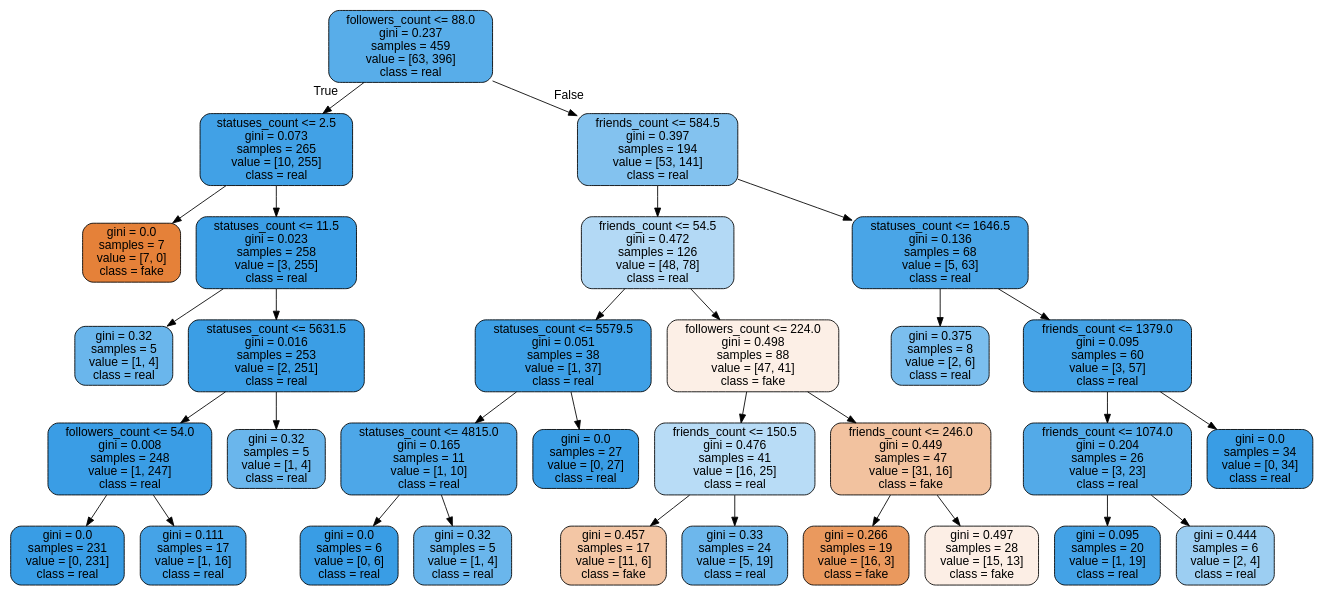
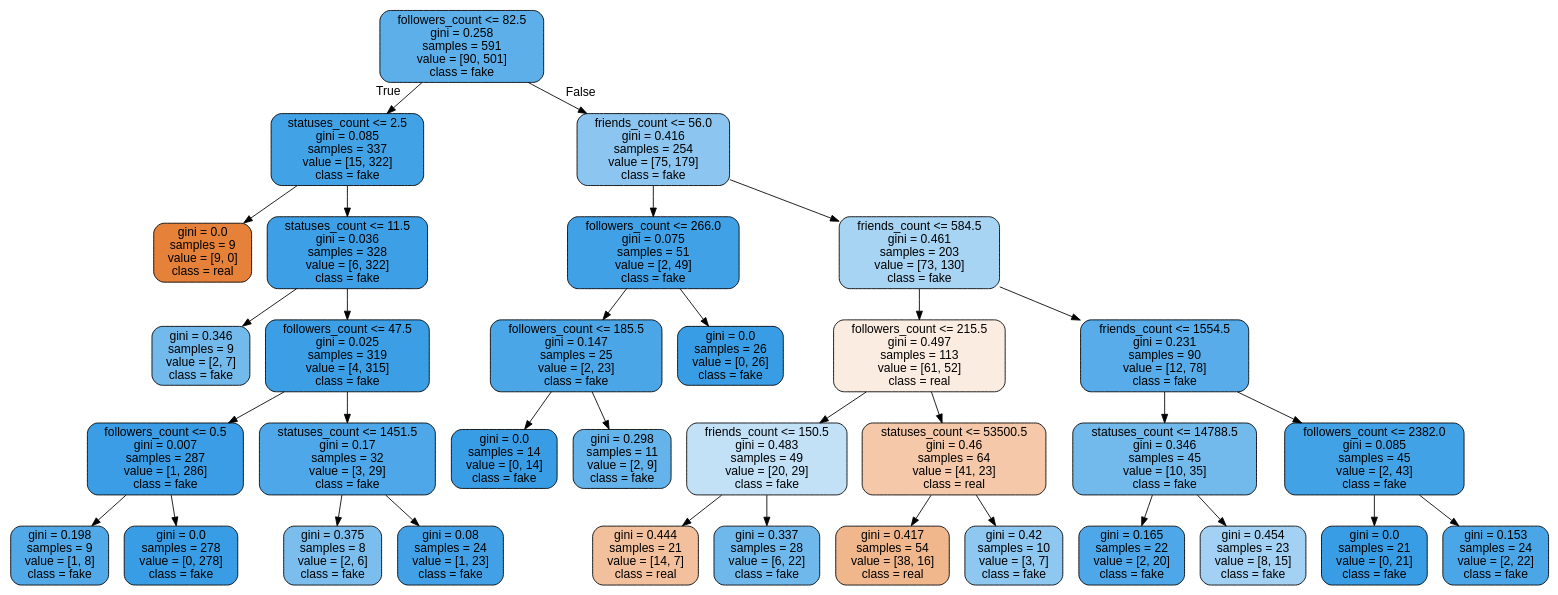
The diagram in bot-detect.dot (ddollar00/BotDet), drawn with Graphviz before and after one commit. The commit also changed 3 other files, not shown here.

```diff
--- a/bot-detect.dot
+++ b/bot-detect.dot
@@ -1,65 +1,69 @@
 digraph Tree {
 node [shape=box, style="filled, rounded", color="black", fontname="helvetica"] ;
 edge [fontname="helvetica"] ;
-0 [label="followers_count <= 88.0\ngini = 0.237\nsamples = 459\nvalue = [63, 396]\nclass = real", fillcolor="#58ade9"] ;
-1 [label="statuses_count <= 2.5\ngini = 0.073\nsamples = 265\nvalue = [10, 255]\nclass = real", fillcolor="#41a1e6"] ;
+0 [label="followers_count <= 82.5\ngini = 0.258\nsamples = 591\nvalue = [90, 501]\nclass = fake", fillcolor="#5dafea"] ;
+1 [label="statuses_count <= 2.5\ngini = 0.085\nsamples = 337\nvalue = [15, 322]\nclass = fake", fillcolor="#42a2e6"] ;
 0 -> 1 [labeldistance=2.5, labelangle=45, headlabel="True"] ;
-2 [label="gini = 0.0\nsamples = 7\nvalue = [7, 0]\nclass = fake", fillcolor="#e58139"] ;
+2 [label="gini = 0.0\nsamples = 9\nvalue = [9, 0]\nclass = real", fillcolor="#e58139"] ;
 1 -> 2 ;
-3 [label="statuses_count <= 11.5\ngini = 0.023\nsamples = 258\nvalue = [3, 255]\nclass = real", fillcolor="#3b9ee5"] ;
+3 [label="statuses_count <= 11.5\ngini = 0.036\nsamples = 328\nvalue = [6, 322]\nclass = fake", fillcolor="#3d9fe5"] ;
 1 -> 3 ;
-4 [label="gini = 0.32\nsamples = 5\nvalue = [1, 4]\nclass = real", fillcolor="#6ab6ec"] ;
+4 [label="gini = 0.346\nsamples = 9\nvalue = [2, 7]\nclass = fake", fillcolor="#72b9ec"] ;
 3 -> 4 ;
-5 [label="statuses_count <= 5631.5\ngini = 0.016\nsamples = 253\nvalue = [2, 251]\nclass = real", fillcolor="#3b9ee5"] ;
+5 [label="followers_count <= 47.5\ngini = 0.025\nsamples = 319\nvalue = [4, 315]\nclass = fake", fillcolor="#3c9ee5"] ;
 3 -> 5 ;
-6 [label="followers_count <= 54.0\ngini = 0.008\nsamples = 248\nvalue = [1, 247]\nclass = real", fillcolor="#3a9de5"] ;
+6 [label="followers_count <= 0.5\ngini = 0.007\nsamples = 287\nvalue = [1, 286]\nclass = fake", fillcolor="#3a9de5"] ;
 5 -> 6 ;
-7 [label="gini = 0.0\nsamples = 231\nvalue = [0, 231]\nclass = real", fillcolor="#399de5"] ;
+7 [label="gini = 0.198\nsamples = 9\nvalue = [1, 8]\nclass = fake", fillcolor="#52a9e8"] ;
 6 -> 7 ;
-8 [label="gini = 0.111\nsamples = 17\nvalue = [1, 16]\nclass = real", fillcolor="#45a3e7"] ;
+8 [label="gini = 0.0\nsamples = 278\nvalue = [0, 278]\nclass = fake", fillcolor="#399de5"] ;
 6 -> 8 ;
-9 [label="gini = 0.32\nsamples = 5\nvalue = [1, 4]\nclass = real", fillcolor="#6ab6ec"] ;
+9 [label="statuses_count <= 1451.5\ngini = 0.17\nsamples = 32\nvalue = [3, 29]\nclass = fake", fillcolor="#4da7e8"] ;
 5 -> 9 ;
-10 [label="friends_count <= 584.5\ngini = 0.397\nsamples = 194\nvalue = [53, 141]\nclass = real", fillcolor="#83c2ef"] ;
-0 -> 10 [labeldistance=2.5, labelangle=-45, headlabel="False"] ;
-11 [label="friends_count <= 54.5\ngini = 0.472\nsamples = 126\nvalue = [48, 78]\nclass = real", fillcolor="#b3d9f5"] ;
-10 -> 11 ;
-12 [label="statuses_count <= 5579.5\ngini = 0.051\nsamples = 38\nvalue = [1, 37]\nclass = real", fillcolor="#3ea0e6"] ;
-11 -> 12 ;
-13 [label="statuses_count <= 4815.0\ngini = 0.165\nsamples = 11\nvalue = [1, 10]\nclass = real", fillcolor="#4da7e8"] ;
+10 [label="gini = 0.375\nsamples = 8\nvalue = [2, 6]\nclass = fake", fillcolor="#7bbeee"] ;
+9 -> 10 ;
+11 [label="gini = 0.08\nsamples = 24\nvalue = [1, 23]\nclass = fake", fillcolor="#42a1e6"] ;
+9 -> 11 ;
+12 [label="friends_count <= 56.0\ngini = 0.416\nsamples = 254\nvalue = [75, 179]\nclass = fake", fillcolor="#8cc6f0"] ;
+0 -> 12 [labeldistance=2.5, labelangle=-45, headlabel="False"] ;
+13 [label="followers_count <= 266.0\ngini = 0.075\nsamples = 51\nvalue = [2, 49]\nclass = fake", fillcolor="#41a1e6"] ;
 12 -> 13 ;
-14 [label="gini = 0.0\nsamples = 6\nvalue = [0, 6]\nclass = real", fillcolor="#399de5"] ;
+14 [label="followers_count <= 185.5\ngini = 0.147\nsamples = 25\nvalue = [2, 23]\nclass = fake", fillcolor="#4aa6e7"] ;
 13 -> 14 ;
-15 [label="gini = 0.32\nsamples = 5\nvalue = [1, 4]\nclass = real", fillcolor="#6ab6ec"] ;
-13 -> 15 ;
-16 [label="gini = 0.0\nsamples = 27\nvalue = [0, 27]\nclass = real", fillcolor="#399de5"] ;
-12 -> 16 ;
-17 [label="followers_count <= 224.0\ngini = 0.498\nsamples = 88\nvalue = [47, 41]\nclass = fake", fillcolor="#fcefe6"] ;
-11 -> 17 ;
-18 [label="friends_count <= 150.5\ngini = 0.476\nsamples = 41\nvalue = [16, 25]\nclass = real", fillcolor="#b8dcf6"] ;
-17 -> 18 ;
-19 [label="gini = 0.457\nsamples = 17\nvalue = [11, 6]\nclass = fake", fillcolor="#f3c6a5"] ;
+15 [label="gini = 0.0\nsamples = 14\nvalue = [0, 14]\nclass = fake", fillcolor="#399de5"] ;
+14 -> 15 ;
+16 [label="gini = 0.298\nsamples = 11\nvalue = [2, 9]\nclass = fake", fillcolor="#65b3eb"] ;
+14 -> 16 ;
+17 [label="gini = 0.0\nsamples = 26\nvalue = [0, 26]\nclass = fake", fillcolor="#399de5"] ;
+13 -> 17 ;
+18 [label="friends_count <= 584.5\ngini = 0.461\nsamples = 203\nvalue = [73, 130]\nclass = fake", fillcolor="#a8d4f4"] ;
+12 -> 18 ;
+19 [label="followers_count <= 215.5\ngini = 0.497\nsamples = 113\nvalue = [61, 52]\nclass = real", fillcolor="#fbece2"] ;
 18 -> 19 ;
-20 [label="gini = 0.33\nsamples = 24\nvalue = [5, 19]\nclass = real", fillcolor="#6db7ec"] ;
-18 -> 20 ;
-21 [label="friends_count <= 246.0\ngini = 0.449\nsamples = 47\nvalue = [31, 16]\nclass = fake", fillcolor="#f2c29f"] ;
-17 -> 21 ;
-22 [label="gini = 0.266\nsamples = 19\nvalue = [16, 3]\nclass = fake", fillcolor="#ea995e"] ;
-21 -> 22 ;
-23 [label="gini = 0.497\nsamples = 28\nvalue = [15, 13]\nclass = fake", fillcolor="#fceee5"] ;
-21 -> 23 ;
-24 [label="statuses_count <= 1646.5\ngini = 0.136\nsamples = 68\nvalue = [5, 63]\nclass = real", fillcolor="#49a5e7"] ;
-10 -> 24 ;
-25 [label="gini = 0.375\nsamples = 8\nvalue = [2, 6]\nclass = real", fillcolor="#7bbeee"] ;
-24 -> 25 ;
-26 [label="friends_count <= 1379.0\ngini = 0.095\nsamples = 60\nvalue = [3, 57]\nclass = real", fillcolor="#43a2e6"] ;
-24 -> 26 ;
-27 [label="friends_count <= 1074.0\ngini = 0.204\nsamples = 26\nvalue = [3, 23]\nclass = real", fillcolor="#53aae8"] ;
+20 [label="friends_count <= 150.5\ngini = 0.483\nsamples = 49\nvalue = [20, 29]\nclass = fake", fillcolor="#c2e1f7"] ;
+19 -> 20 ;
+21 [label="gini = 0.444\nsamples = 21\nvalue = [14, 7]\nclass = real", fillcolor="#f2c09c"] ;
+20 -> 21 ;
+22 [label="gini = 0.337\nsamples = 28\nvalue = [6, 22]\nclass = fake", fillcolor="#6fb8ec"] ;
+20 -> 22 ;
+23 [label="statuses_count <= 53500.5\ngini = 0.46\nsamples = 64\nvalue = [41, 23]\nclass = real", fillcolor="#f4c8a8"] ;
+19 -> 23 ;
+24 [label="gini = 0.417\nsamples = 54\nvalue = [38, 16]\nclass = real", fillcolor="#f0b68c"] ;
+23 -> 24 ;
+25 [label="gini = 0.42\nsamples = 10\nvalue = [3, 7]\nclass = fake", fillcolor="#8ec7f0"] ;
+23 -> 25 ;
+26 [label="friends_count <= 1554.5\ngini = 0.231\nsamples = 90\nvalue = [12, 78]\nclass = fake", fillcolor="#57ace9"] ;
+18 -> 26 ;
+27 [label="statuses_count <= 14788.5\ngini = 0.346\nsamples = 45\nvalue = [10, 35]\nclass = fake", fillcolor="#72b9ec"] ;
 26 -> 27 ;
-28 [label="gini = 0.095\nsamples = 20\nvalue = [1, 19]\nclass = real", fillcolor="#43a2e6"] ;
+28 [label="gini = 0.165\nsamples = 22\nvalue = [2, 20]\nclass = fake", fillcolor="#4da7e8"] ;
 27 -> 28 ;
-29 [label="gini = 0.444\nsamples = 6\nvalue = [2, 4]\nclass = real", fillcolor="#9ccef2"] ;
+29 [label="gini = 0.454\nsamples = 23\nvalue = [8, 15]\nclass = fake", fillcolor="#a3d1f3"] ;
 27 -> 29 ;
-30 [label="gini = 0.0\nsamples = 34\nvalue = [0, 34]\nclass = real", fillcolor="#399de5"] ;
+30 [label="followers_count <= 2382.0\ngini = 0.085\nsamples = 45\nvalue = [2, 43]\nclass = fake", fillcolor="#42a2e6"] ;
 26 -> 30 ;
+31 [label="gini = 0.0\nsamples = 21\nvalue = [0, 21]\nclass = fake", fillcolor="#399de5"] ;
+30 -> 31 ;
+32 [label="gini = 0.153\nsamples = 24\nvalue = [2, 22]\nclass = fake", fillcolor="#4ba6e7"] ;
+30 -> 32 ;
 }
```
